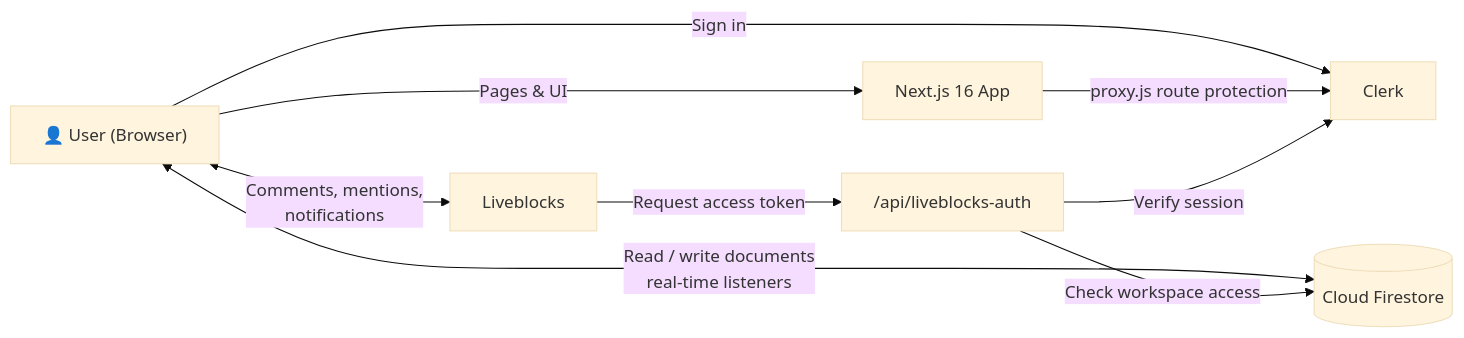
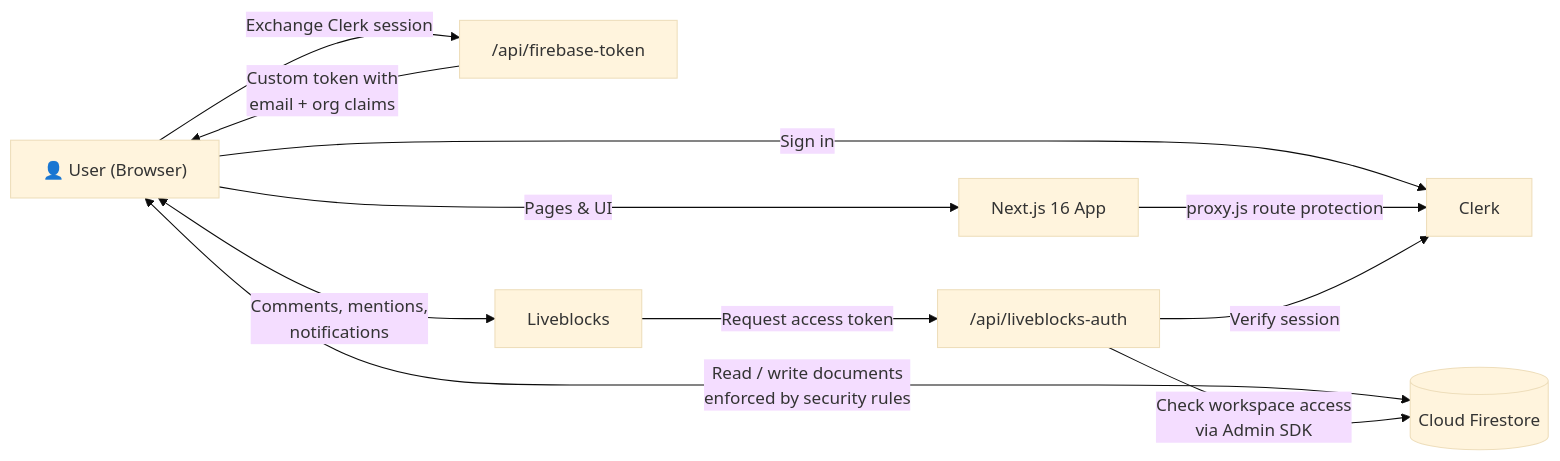
One commit to ethical0101/Document-Planner changed the first of 2 diagrams in README.md. Above: the diagram before and after it, drawn with Mermaid (base theme). The commit also changed other lines of this file and 23 other files, not shown here.

First line of the commit message:
feat: Clerk-Firebase integration with Firestore security rules

````diff
--- a/README.md
+++ b/README.md
@@ -163,11 +163,13 @@
 ```mermaid
 flowchart LR
     U["👤 User (Browser)"] -->|Sign in| C[Clerk]
     U -->|Pages & UI| N["Next.js 16 App"]
     N -->|proxy.js route protection| C
-    U <-->|Read / write documents<br/>real-time listeners| F[("Cloud Firestore")]
+    U -->|Exchange Clerk session| T["/api/firebase-token"]
+    T -->|Custom token with<br/>email + org claims| U
+    U <-->|Read / write documents<br/>enforced by security rules| F[("Cloud Firestore")]
     U <-->|Comments, mentions,<br/>notifications| L[Liveblocks]
     L -->|Request access token| A["/api/liveblocks-auth"]
     A -->|Verify session| C
-    A -->|Check workspace access| F
+    A -->|Check workspace access<br/>via Admin SDK| F
 ```
````
